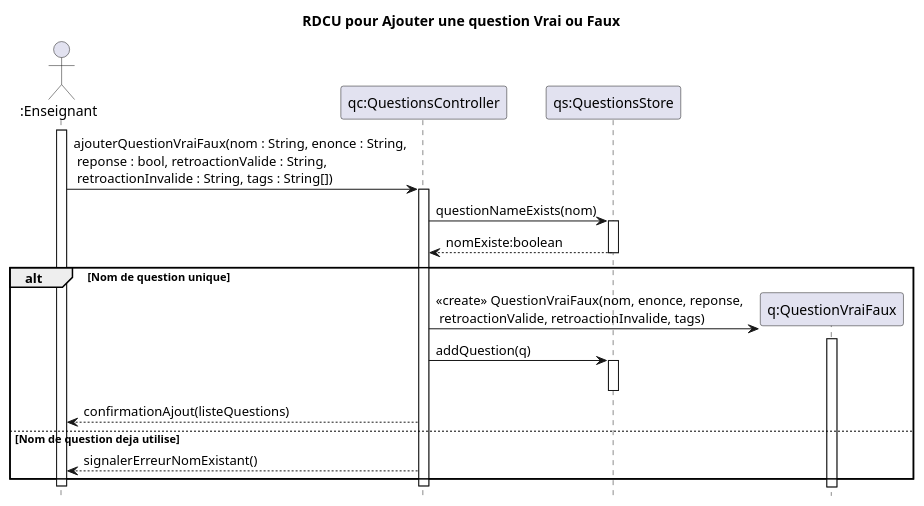
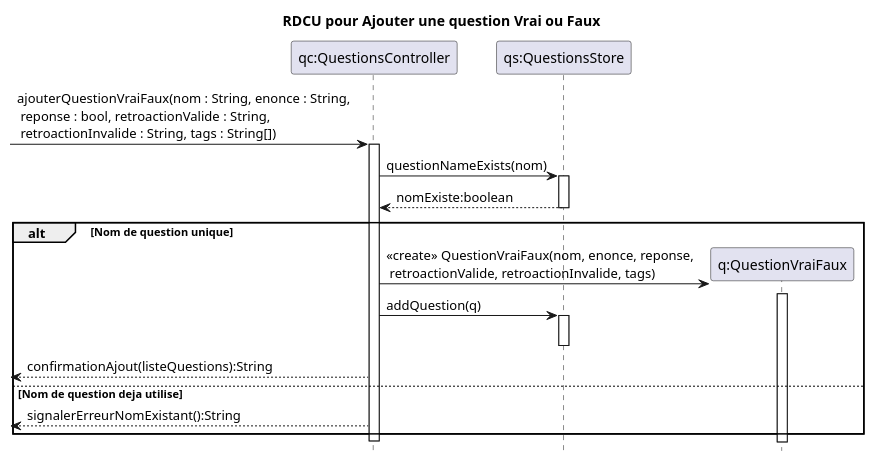
Before and after one commit to xMrYahya/moodle-clone: the diagram in docs/modeles/cu02/rdcu-ajouter-question-vf.puml, drawn with PlantUML. The commit also changed 4 other files, not shown here.

```diff
--- a/docs/modeles/cu02/rdcu-ajouter-question-vf.puml
+++ b/docs/modeles/cu02/rdcu-ajouter-question-vf.puml
@@ -1,36 +1,33 @@
 @startuml
 hide footbox
 title RDCU pour Ajouter une question Vrai ou Faux
 
-actor ":Enseignant" as e
 participant "qc:QuestionsController" as QC
 participant "qs:QuestionsStore" as QS
 participant "q:QuestionVraiFaux" as Q
 
-activate e
-e -> QC : ajouterQuestionVraiFaux(nom : String, enonce : String,\n reponse : bool, retroactionValide : String,\n retroactionInvalide : String, tags : String[])
+-> QC : ajouterQuestionVraiFaux(nom : String, enonce : String,\n reponse : bool, retroactionValide : String,\n retroactionInvalide : String, tags : String[])
 activate QC
 
 QC -> QS : questionNameExists(nom)
 activate QS
 QS --> QC : nomExiste:boolean
 deactivate QS
 
 alt Nom de question unique
     create Q
     QC -> Q : <<create>> QuestionVraiFaux(nom, enonce, reponse,\n retroactionValide, retroactionInvalide, tags)
     activate Q
     deactivate Q
 
     QC -> QS : addQuestion(q)
     activate QS
     deactivate QS
 
-    QC --> e : confirmationAjout(listeQuestions)
+    <-- QC : confirmationAjout(listeQuestions):String
 else Nom de question deja utilise
-    QC --> e : signalerErreurNomExistant()
+    <-- QC : signalerErreurNomExistant():String
 end
 
 deactivate QC
-deactivate e
 @enduml
```
